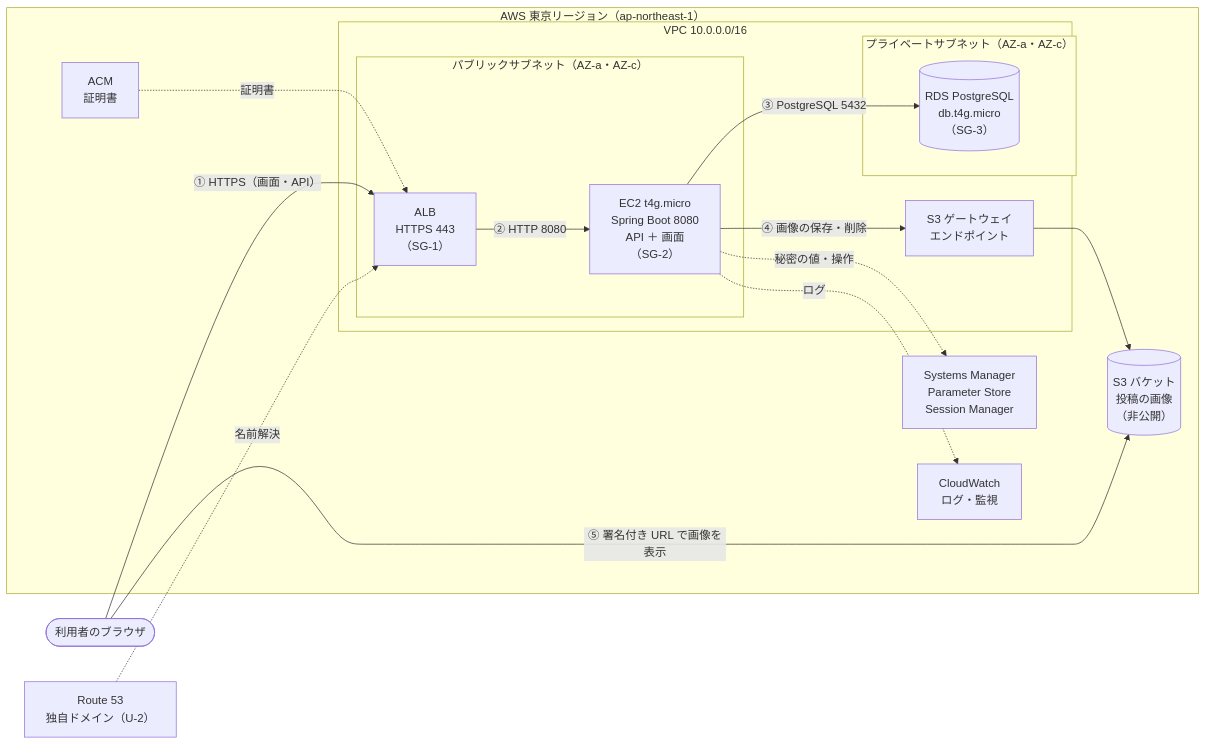
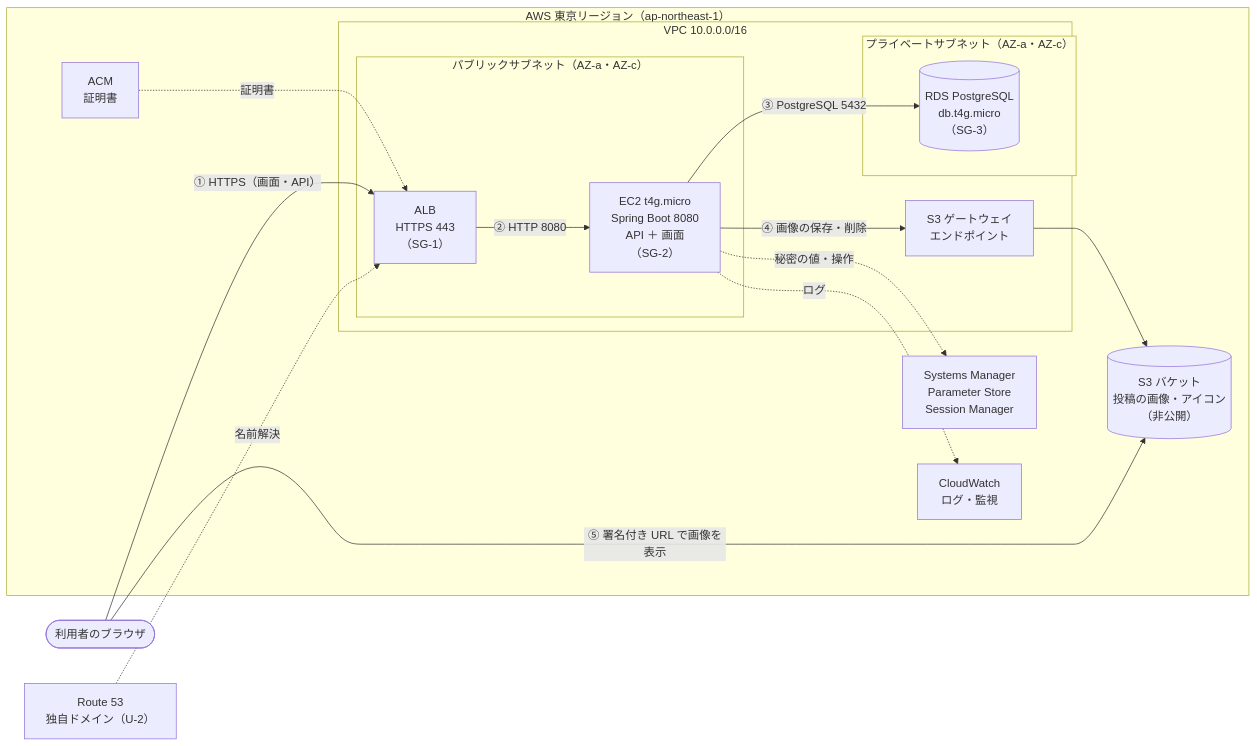
The first of 2 diagrams in docs/design/infra-design.md (y0408e0301-star/raise-timeline), drawn with Mermaid before and after one commit. The commit also changed other lines of this file and 14 other files, not shown here.

````diff
--- a/docs/design/infra-design.md
+++ b/docs/design/infra-design.md
@@ -41,32 +42,32 @@
 ```mermaid
 flowchart LR
     user(["利用者のブラウザ"])
     dns["Route 53<br>独自ドメイン（U-2）"]
 
     subgraph aws["AWS 東京リージョン（ap-northeast-1）"]
         subgraph vpc["VPC 10.0.0.0/16"]
             subgraph pub["パブリックサブネット（AZ-a・AZ-c）"]
                 alb["ALB<br>HTTPS 443<br>（SG-1）"]
                 ec2["EC2 t4g.micro<br>Spring Boot 8080<br>API ＋ 画面<br>（SG-2）"]
             end
             subgraph pri["プライベートサブネット（AZ-a・AZ-c）"]
                 rds[("RDS PostgreSQL<br>db.t4g.micro<br>（SG-3）")]
             end
             s3ep["S3 ゲートウェイ<br>エンドポイント"]
         end
-        s3[("S3 バケット<br>投稿の画像<br>（非公開）")]
+        s3[("S3 バケット<br>投稿の画像・アイコン<br>（非公開）")]
         acm["ACM<br>証明書"]
         ssm["Systems Manager<br>Parameter Store<br>Session Manager"]
         cw["CloudWatch<br>ログ・監視"]
     end
 
     user -- "① HTTPS（画面・API）" --> alb
     dns -. "名前解決" .-> alb
     acm -. "証明書" .-> alb
     alb -- "② HTTP 8080" --> ec2
     ec2 -- "③ PostgreSQL 5432" --> rds
     ec2 -- "④ 画像の保存・削除" --> s3ep --> s3
     user -- "⑤ 署名付き URL で画像を表示" --> s3
     ec2 -. "秘密の値・操作" .-> ssm
     ec2 -. "ログ" .-> cw
 ```
````
